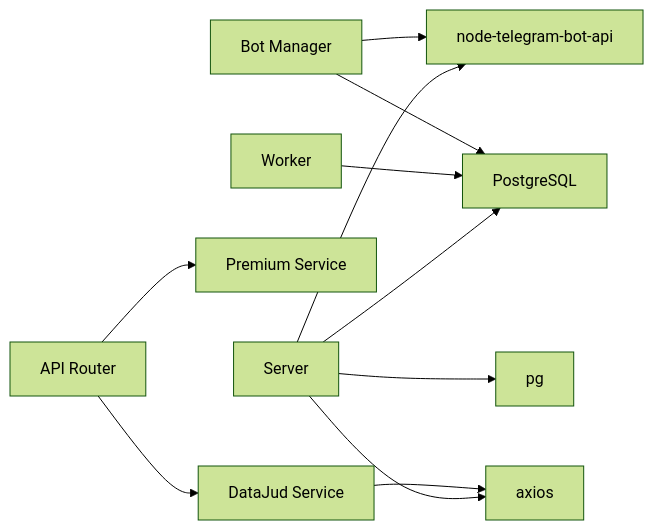
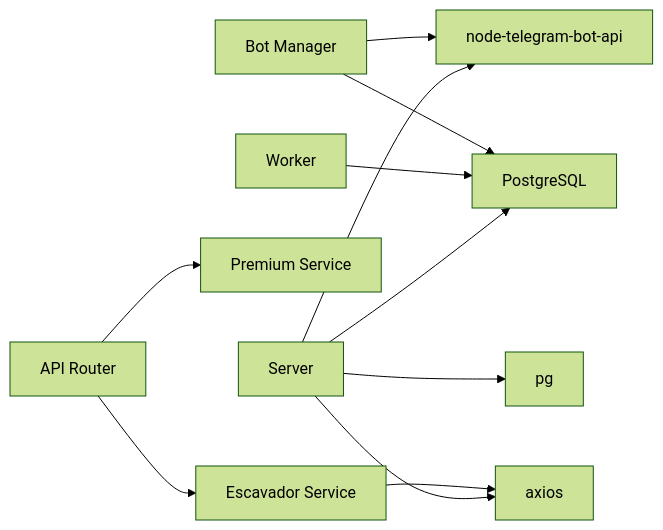
One commit to Alexandrexicara/bot-processos changed the tenth of 10 diagrams in .qoder/repowiki/en/content/API Integration Layer/Fallback and Error Handling.md. Above: the diagram before and after it, drawn with Mermaid (forest theme). The commit also changed other lines of this file and 5 other files, not shown here.

````diff
--- a/.qoder/repowiki/en/content/API Integration Layer/Fallback and Error Handling.md
+++ b/.qoder/repowiki/en/content/API Integration Layer/Fallback and Error Handling.md
@@ -370,13 +453,13 @@
 ```mermaid
 graph LR
-DJ["DataJud Service"] --> AX["axios"]
+ES["Escavador Service"] --> AX["axios"]
 BM["Bot Manager"] --> NT["node-telegram-bot-api"]
-AR["API Router"] --> DJ
+AR["API Router"] --> ES
 AR --> PR["Premium Service"]
 S["Server"] --> AX
 S --> NT
 S --> PG["pg"]
 BM --> DB["PostgreSQL"]
 W["Worker"] --> DB
 S --> DB
 ```
````
